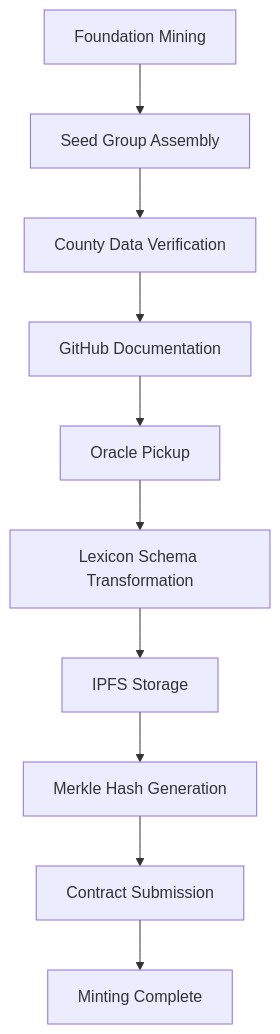
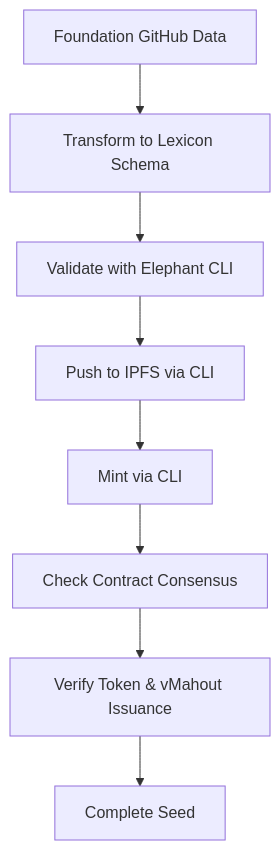
The diagram in README.md (elephant-xyz/AI-Agent), drawn with Mermaid before and after one commit. The commit also changed other lines of this file, not shown here.

````diff
--- a/README.md
+++ b/README.md
@@ -154,12 +129,10 @@
 ```mermaid
 graph TD
-    A[Foundation Mining] --> B[Seed Group Assembly]
-    B --> C[County Data Verification]
-    C --> D[GitHub Documentation]
-    D --> E[Oracle Pickup]
-    E --> F[Lexicon Schema Transformation]
-    F --> G[IPFS Storage]
-    G --> H[Merkle Hash Generation]
-    H --> I[Contract Submission]
-    I --> J[Minting Complete]
+    A[Foundation GitHub Data] --> B[Transform to Lexicon Schema]
+    B --> C[Validate with Elephant CLI]
+    C --> D[Push to IPFS via CLI]
+    D --> E[Mint via CLI]
+    E --> F[Check Contract Consensus]
+    F --> G[Verify Token & vMahout Issuance]
+    G --> H[Complete Seed]
 ```
````
